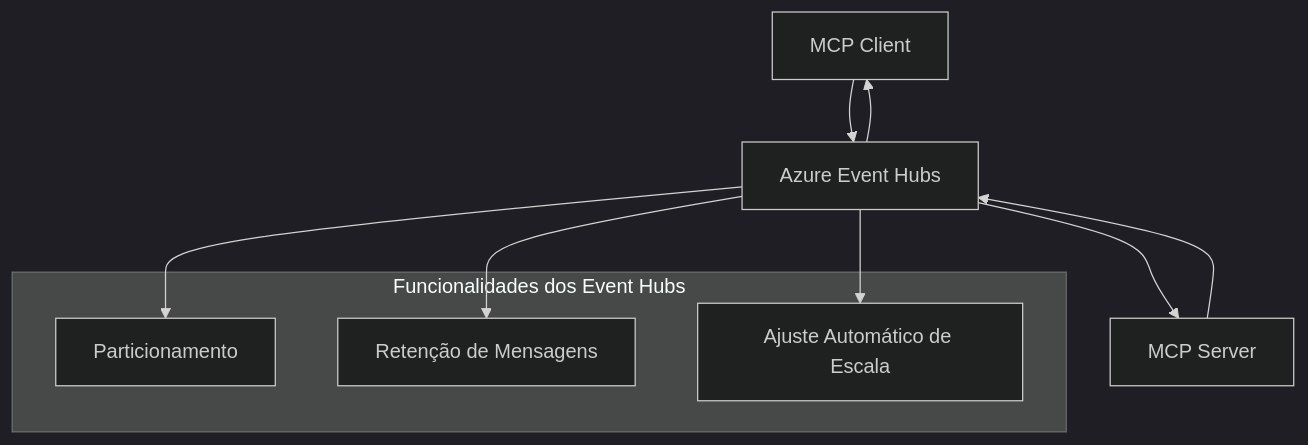
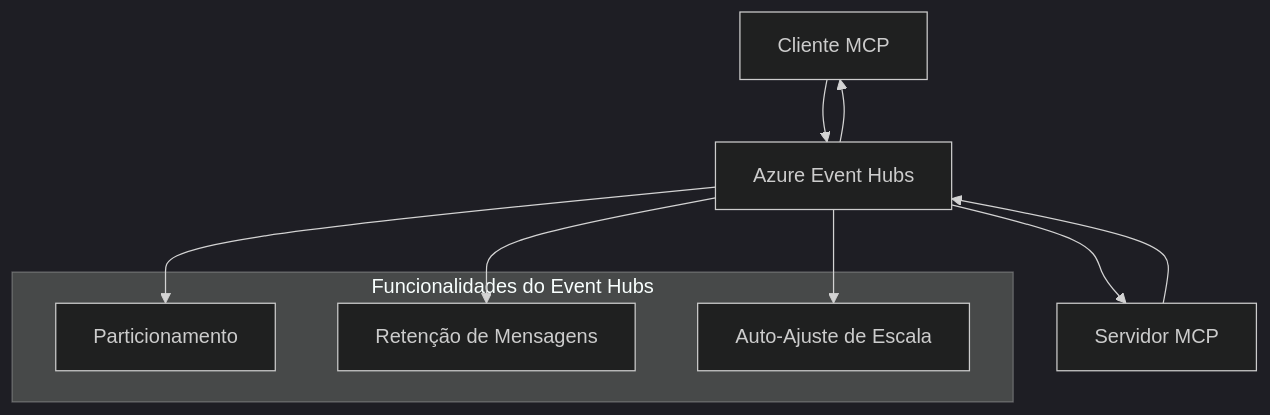
The second of 2 diagrams in mcp_ecosystem__model_context_protocol/mcp_learning_resources/mcp-for-beginners/translations/pt-PT/05-AdvancedTopics/mcp-transport/README.md (HIDORAKAI002/ai-workspace-archive), drawn with Mermaid (dark theme) before and after one commit. The commit also changed other lines of this file and 1046 other files, not shown here.

````diff
--- a/mcp_ecosystem__model_context_protocol/mcp_learning_resources/mcp-for-beginners/translations/pt-PT/05-AdvancedTopics/mcp-transport/README.md
+++ b/mcp_ecosystem__model_context_protocol/mcp_learning_resources/mcp-for-beginners/translations/pt-PT/05-AdvancedTopics/mcp-transport/README.md
@@ -270,17 +272,17 @@
 ```mermaid
 graph TB
-    Client[MCP Client] --> EH[Azure Event Hubs]
-    EH --> Server[MCP Server]
+    Client[Cliente MCP] --> EH[Azure Event Hubs]
+    EH --> Server[Servidor MCP]
     Server --> EH
     EH --> Client
     
-    subgraph "Funcionalidades dos Event Hubs"
+    subgraph "Funcionalidades do Event Hubs"
         Partition[Particionamento]
         Retention[Retenção de Mensagens]
-        Scaling[Ajuste Automático de Escala]
+        Scaling[Auto-Ajuste de Escala]
     end
     
     EH --> Partition
     EH --> Retention
     EH --> Scaling
 ```
````
